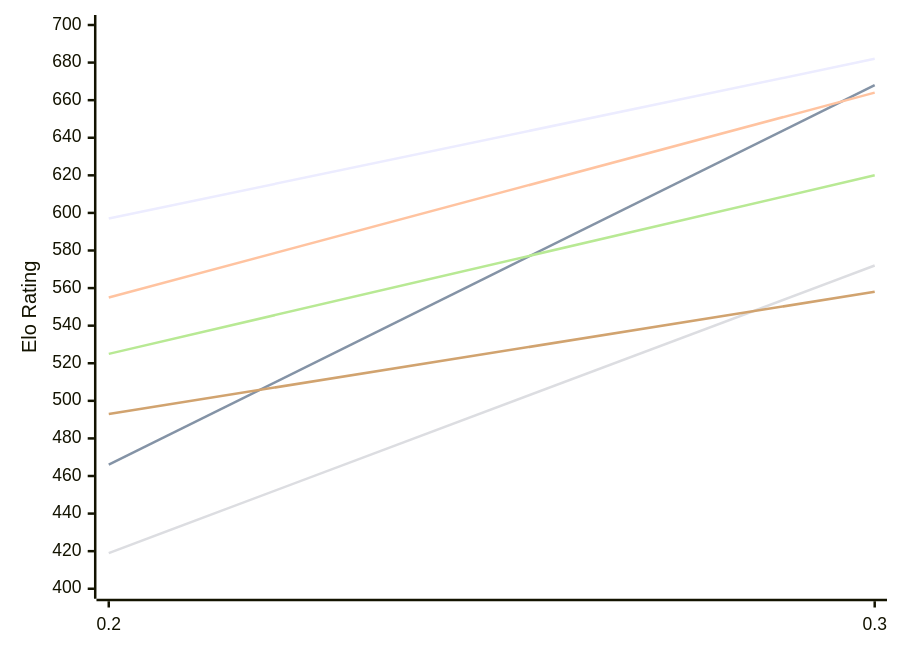
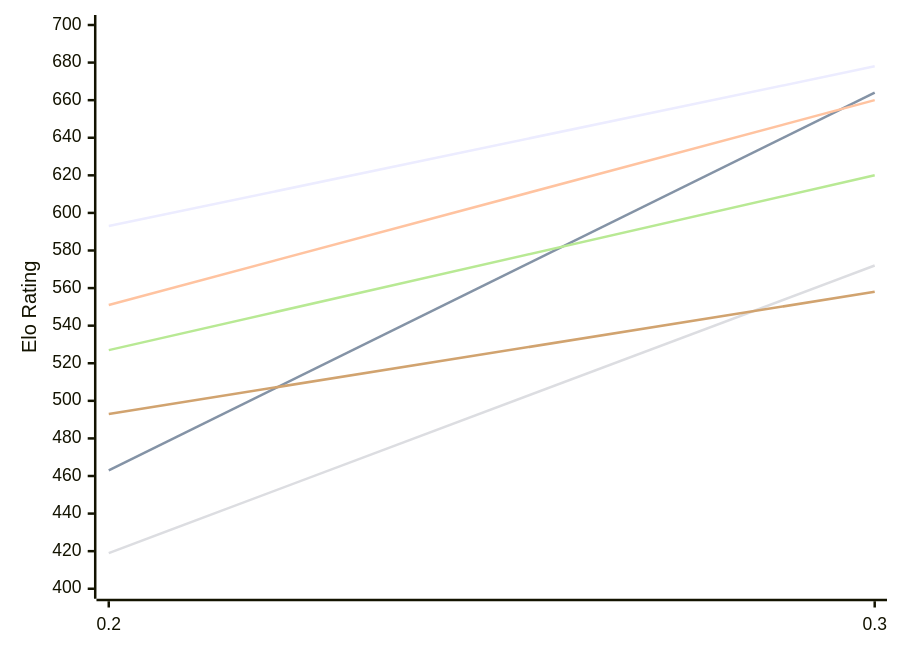
One commit to computer-chess-index/cci changed the first of 2 diagrams in engines/Magpie.md. Above: the diagram before and after it, drawn with Mermaid. The commit also changed other lines of this file, not shown here.

Commit message:
Update CCI Ratings (ELO VLTC) - 2026-11-21

````diff
--- a/engines/Magpie.md
+++ b/engines/Magpie.md
@@ -50,12 +50,12 @@
 ```mermaid
 %%{init: {"theme":"base","themeVariables":{"seriesColors:['#a3a3a3','#222221','#faa371']}}}%%
 xychart-beta
   x-axis ["0.2", "0.3"]
   y-axis "Elo Rating" 400 --> 700
-  line "E1: STC (8.0+0.08s)" [597, 682]
-  line "E1: LTC (60.0+0.60s)" [466, 668]
-  line "E1: VLTC (2m24s+1.12s)" [555, 664]
+  line "E1: STC (8.0+0.08s)" [593, 678]
+  line "E1: LTC (60.0+0.60s)" [463, 664]
+  line "E1: VLTC (2m24s+1.12s)" [551, 660]
   line "P1: STC (8.0+0.08s)" [419, 572]
-  line "P1: LTC (60.0+0.60s)" [525, 620]
+  line "P1: LTC (60.0+0.60s)" [527, 620]
   line "P1: VLTC (2m24s+1.12s)" [493, 558]
 ```
````
